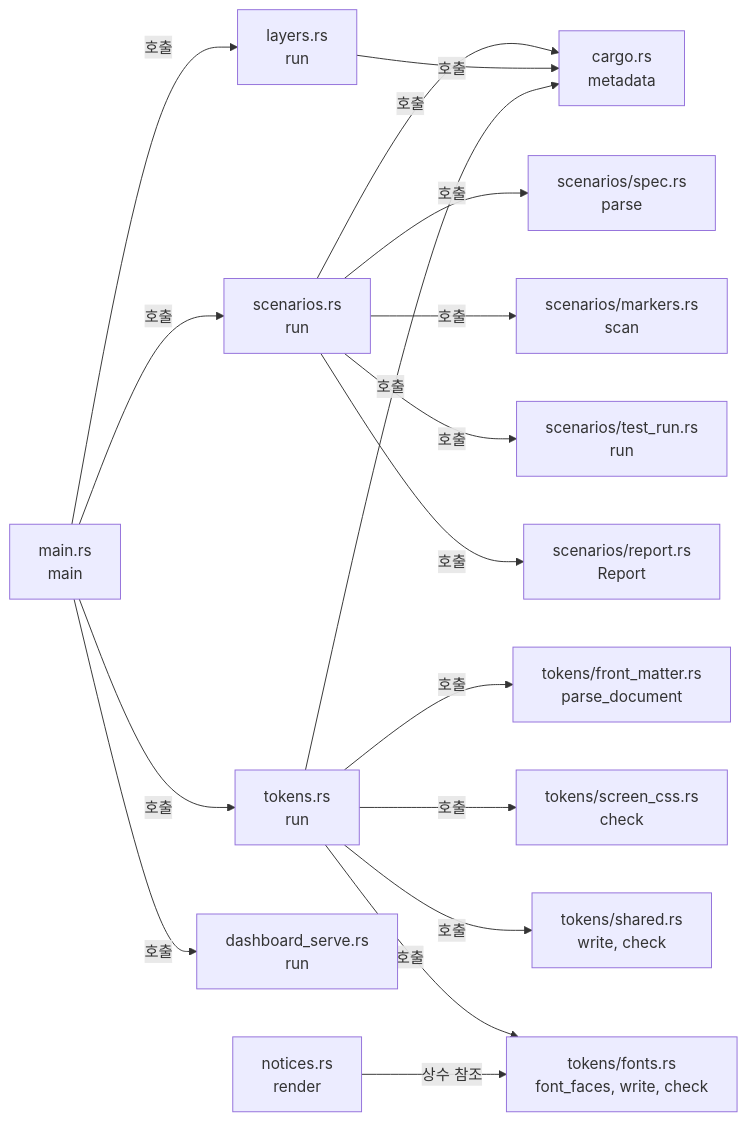
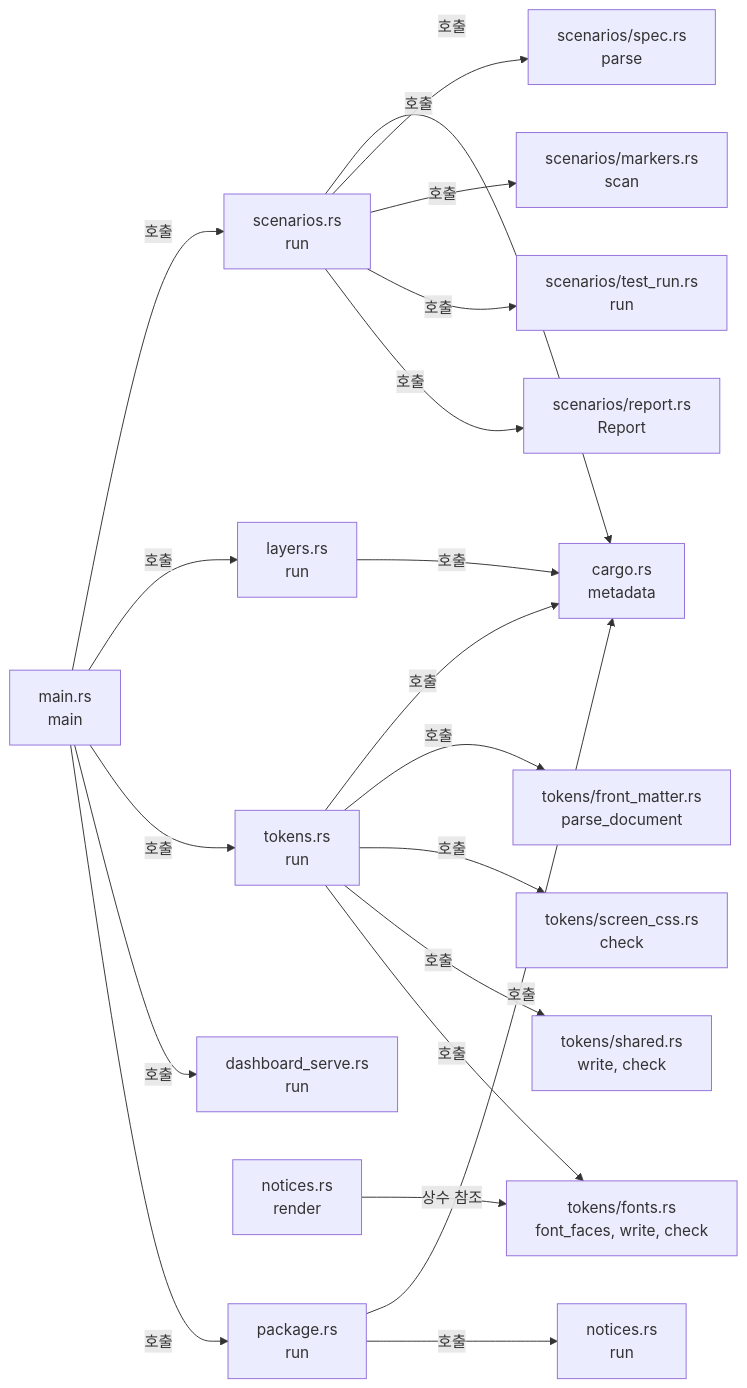
One commit to kayden-kim/vnc-relay changed the diagram in docs/architectures/xtask.md. Above: the diagram before and after it, drawn with Mermaid. The commit also changed other lines of this file and 19 other files, not shown here.

````diff
--- a/docs/architectures/xtask.md
+++ b/docs/architectures/xtask.md
@@ -36,19 +39,22 @@
 ```mermaid
 flowchart LR
     MAIN["main.rs<br/>main"] -->|"호출"| SCN["scenarios.rs<br/>run"]
     MAIN -->|"호출"| LAY["layers.rs<br/>run"]
     SCN -->|"호출"| META["cargo.rs<br/>metadata"]
     LAY -->|"호출"| META
     SCN -->|"호출"| SPEC["scenarios/spec.rs<br/>parse"]
     SCN -->|"호출"| MARK["scenarios/markers.rs<br/>scan"]
     SCN -->|"호출"| RUN["scenarios/test_run.rs<br/>run"]
     SCN -->|"호출"| REP["scenarios/report.rs<br/>Report"]
     MAIN -->|"호출"| TOK["tokens.rs<br/>run"]
     MAIN -->|"호출"| DSV["dashboard_serve.rs<br/>run"]
     TOK -->|"호출"| META
     TOK -->|"호출"| TFM["tokens/front_matter.rs<br/>parse_document"]
     TOK -->|"호출"| TSC["tokens/screen_css.rs<br/>check"]
     TOK -->|"호출"| TSH["tokens/shared.rs<br/>write, check"]
     TOK -->|"호출"| TFO["tokens/fonts.rs<br/>font_faces, write, check"]
     NOT["notices.rs<br/>render"] -->|"상수 참조"| TFO
+    MAIN -->|"호출"| PKG["package.rs<br/>run"]
+    PKG -->|"호출"| META
+    PKG -->|"호출"| NOTR["notices.rs<br/>run"]
 ```
````
